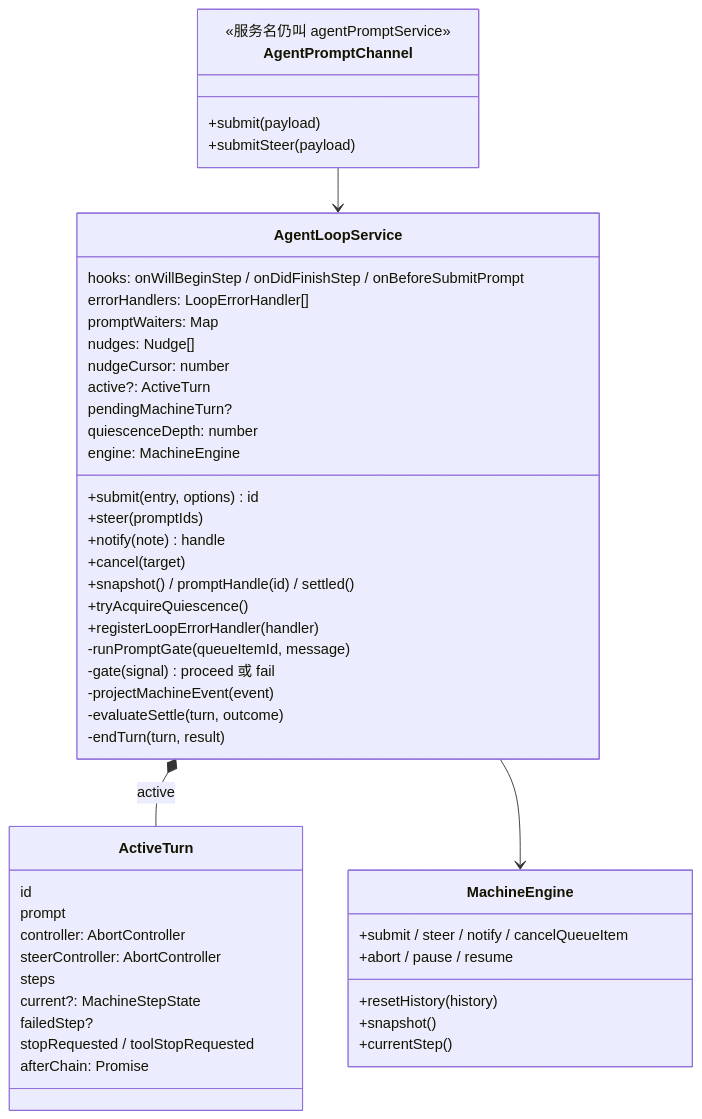
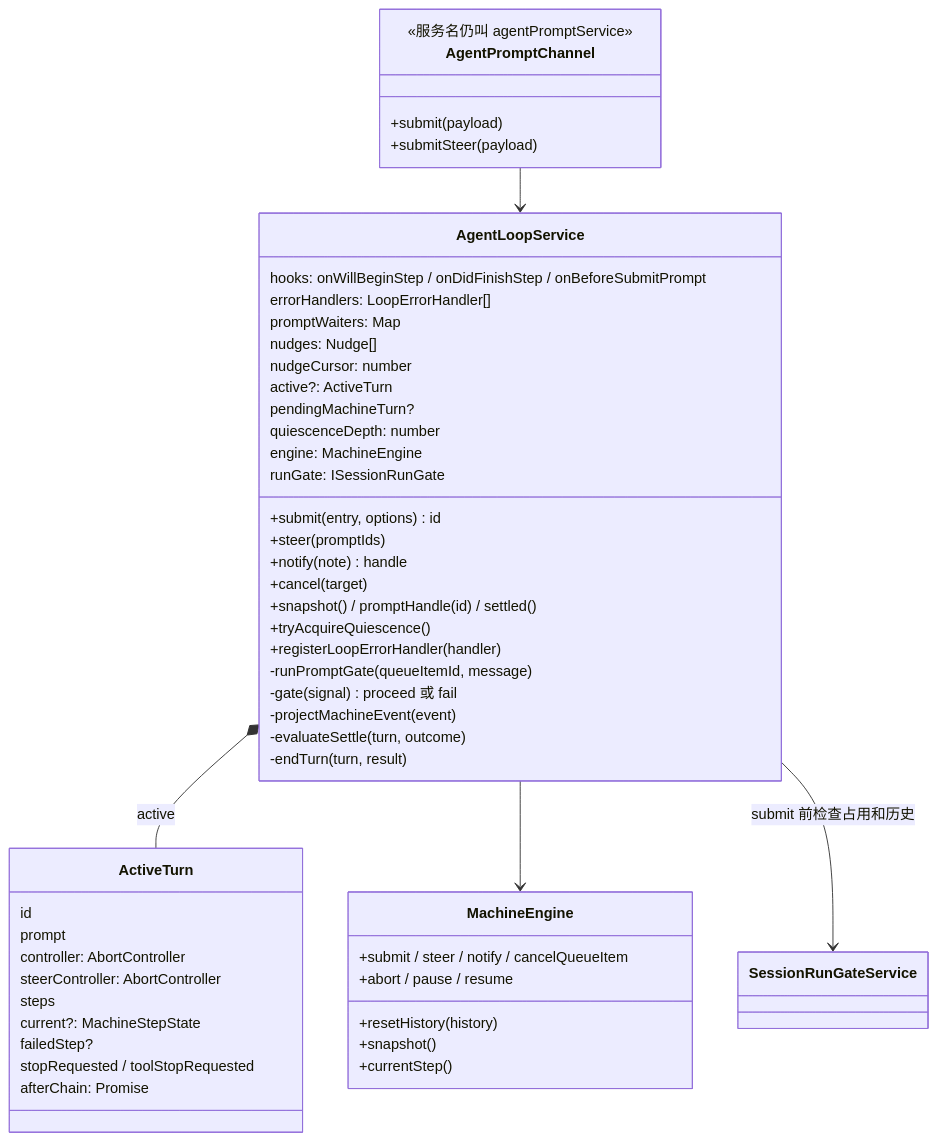
The sixth of 10 diagrams in src/content/post/agents-kimi-code/index.md (nickqiaoo/nickqiaoo.github.io), drawn with Mermaid before and after one commit. The commit also changed other lines of this file and 3 other files, not shown here.

````diff
--- a/src/content/post/agents-kimi-code/index.md
+++ b/src/content/post/agents-kimi-code/index.md
@@ -343,52 +345,54 @@
 ```mermaid
 classDiagram
   class AgentLoopService {
     hooks: onWillBeginStep / onDidFinishStep / onBeforeSubmitPrompt
     errorHandlers: LoopErrorHandler[]
     promptWaiters: Map
     nudges: Nudge[]
     nudgeCursor: number
     active?: ActiveTurn
     pendingMachineTurn?
     quiescenceDepth: number
     engine: MachineEngine
+    runGate: ISessionRunGate
     +submit(entry, options) id
     +steer(promptIds)
     +notify(note) handle
     +cancel(target)
     +snapshot() / promptHandle(id) / settled()
     +tryAcquireQuiescence()
     +registerLoopErrorHandler(handler)
     -runPromptGate(queueItemId, message)
     -gate(signal) proceed 或 fail
     -projectMachineEvent(event)
     -evaluateSettle(turn, outcome)
     -endTurn(turn, result)
   }
   class ActiveTurn {
     id
     prompt
     controller: AbortController
     steerController: AbortController
     steps
     current?: MachineStepState
     failedStep?
     stopRequested / toolStopRequested
     afterChain: Promise
   }
   class MachineEngine {
     +submit / steer / notify / cancelQueueItem
     +abort / pause / resume
     +resetHistory(history)
     +snapshot()
     +currentStep()
   }
   class AgentPromptChannel {
     <<服务名仍叫 agentPromptService>>
     +submit(payload)
     +submitSteer(payload)
   }
   AgentLoopService *-- ActiveTurn : active
   AgentLoopService --> MachineEngine
   AgentPromptChannel --> AgentLoopService
+  AgentLoopService --> SessionRunGateService : submit 前检查占用和历史
 ```
````
